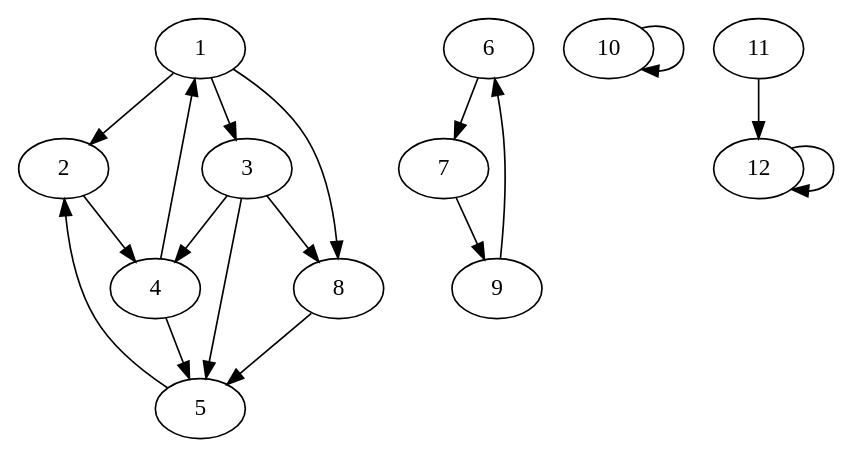
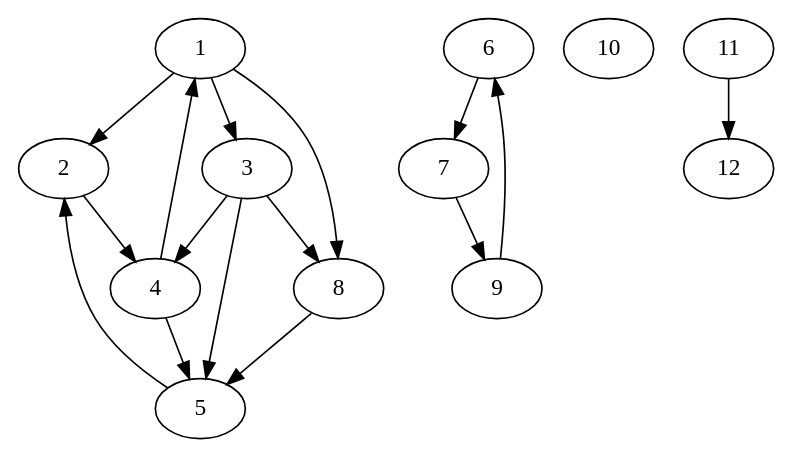
One commit to 2341n4m3/gka-praktikumsaufgaben changed the diagram in bin/graph/misc/graph6.dot. Above: the diagram before and after it, drawn with Graphviz. The commit also changed 22 other files, not shown here.

```diff
--- a/bin/graph/misc/graph6.dot
+++ b/bin/graph/misc/graph6.dot
@@ -1,31 +1,29 @@
 digraph G {
   1 [ label="1" ];
   2 [ label="2" ];
   3 [ label="3" ];
   8 [ label="8" ];
   4 [ label="4" ];
   5 [ label="5" ];
   6 [ label="6" ];
   7 [ label="7" ];
   9 [ label="9" ];
   10 [ label="10" ];
   12 [ label="12" ];
   11 [ label="11" ];
   1 -> 2 [ label="" ];
   1 -> 3 [ label="" ];
   1 -> 8 [ label="" ];
   2 -> 4 [ label="" ];
   3 -> 5 [ label="" ];
   3 -> 8 [ label="" ];
   4 -> 5 [ label="" ];
   5 -> 2 [ label="" ];
   3 -> 4 [ label="" ];
   4 -> 1 [ label="" ];
   8 -> 5 [ label="" ];
   6 -> 7 [ label="" ];
   7 -> 9 [ label="" ];
   9 -> 6 [ label="" ];
-  10 -> 10 [ label="" ];
-  12 -> 12 [ label="" ];
   11 -> 12 [ label="" ];
 }
```
